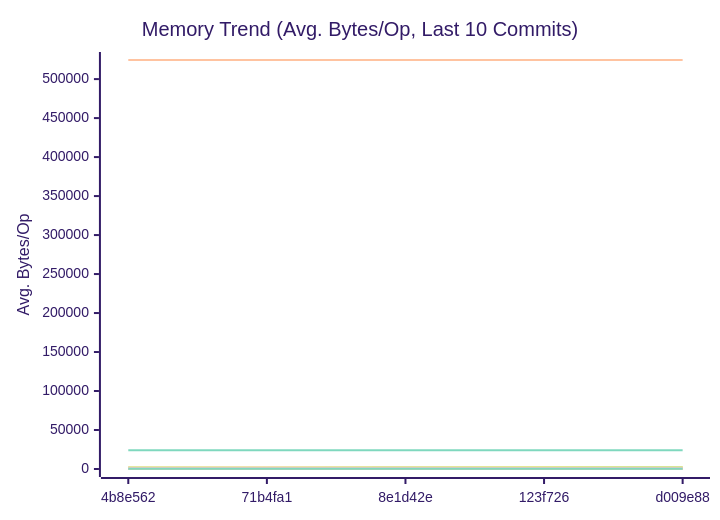
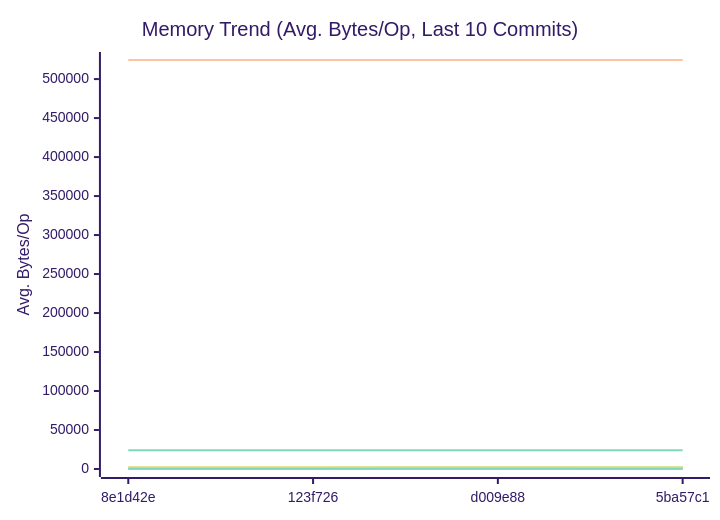
Before and after one commit to alsotoes/momo: the second of 3 diagrams in docs/PERFORMANCE.md, drawn with Mermaid (forest theme). The commit also changed other lines of this file and 1 other file, not shown here.

````diff
--- a/docs/PERFORMANCE.md
+++ b/docs/PERFORMANCE.md
@@ -310,44 +310,44 @@
 ```mermaid
 xychart-beta
     title "Memory Trend (Avg. Bytes/Op, Last 10 Commits)"
     x-axis "Commit"
     y-axis "Avg. Bytes/Op"
-    x-axis [4b8e562,71b4fa1,8e1d42e,123f726,d009e88]
-    line "AWSChunkedReaderSigned" [114,90,112,123,120,108,126,118,88,161]
-    line "AWSChunkedReaderUnsigned" [115,92,106,128,114,131,113,112,99,161]
+    x-axis [8e1d42e,123f726,d009e88,5ba57c1]
+    line "AWSChunkedReaderSigned" [112,123,120,108,126,118,88,161,167,124]
+    line "AWSChunkedReaderUnsigned" [106,128,114,131,113,112,99,161,164,139]
     line "CheckMetricsAndSwap" [0,0,0,0,0,0,0,0,0,0]
     line "CrushOptimized" [0,0,0,0,0,0,0,0,0,0]
     line "CrushOriginal" [164,164,164,164,164,164,164,164,164,164]
-    line "FormatListObjectsV2XML_AppendFormat" [524459,524497,524456,524462,524471,524446,524472,524454,524455,524439]
+    line "FormatListObjectsV2XML_AppendFormat" [524456,524462,524471,524446,524472,524454,524455,524439,524442,524446]
     line "FormatListObjectsV2XML_OldFormat" [24000,24000,24000,24000,24000,24000,24000,24000,24000,24000]
-    line "HashBytes/1MiB" [228,187,211,243,290,192,235,210,295,265]
-    line "HashBytes/256MiB" [197,179,222,256,223,299,222,227,257,282]
-    line "HashBytes/64MiB" [199,187,197,314,223,223,195,242,298,280]
-    line "HashFile/1MiB" [211,183,208,265,220,288,221,243,239,312]
-    line "HashFile/256MiB" [204,182,225,228,267,242,219,218,259,338]
-    line "HashFile/64MiB" [169,196,188,233,279,243,223,234,270,336]
+    line "HashBytes/1MiB" [211,243,290,192,235,210,295,265,304,292]
+    line "HashBytes/256MiB" [222,256,223,299,222,227,257,282,305,290]
+    line "HashBytes/64MiB" [197,314,223,223,195,242,298,280,320,276]
+    line "HashFile/1MiB" [208,265,220,288,221,243,239,312,273,313]
+    line "HashFile/256MiB" [225,228,267,242,219,218,259,338,304,264]
+    line "HashFile/64MiB" [188,233,279,243,223,234,270,336,269,324]
     line "IndexDirectTracking" [0,0,0,0,0,0,0,0,0,0]
     line "IndexSearch" [0,0,0,0,0,0,0,0,0,0]
     line "LastModifiedHeader_AppendFormat" [0,0,0,0,0,0,0,0,0,0]
     line "LastModifiedHeader_Format" [32,32,32,32,32,32,32,32,32,32]
     line "LoadGlobalConfig" [1976,1976,1976,1976,1976,1976,1976,1976,1976,1976]
-    line "LocalWrite/1MiB" [2035,1605,1690,1878,2000,2141,1920,2442,1282,1458]
-    line "LocalWrite/256MiB" [2016,1569,1965,2213,2198,2074,2231,2163,1698,2231]
-    line "LocalWrite/64MiB" [1940,1626,1869,1996,2347,2291,2205,2167,1927,2401]
+    line "LocalWrite/1MiB" [1690,1878,2000,2141,1920,2442,1282,1458,2352,2430]
+    line "LocalWrite/256MiB" [1965,2213,2198,2074,2231,2163,1698,2231,2851,2682]
+    line "LocalWrite/64MiB" [1869,1996,2347,2291,2205,2167,1927,2401,2788,2594]
     line "PadString" [64,64,64,64,64,64,64,64,64,64]
     line "ParseReplicationOrder_NoPrealloc" [408,408,408,408,408,248,248,248,248,248]
     line "ParseReplicationOrder_Prealloc" [240,240,240,240,240,80,80,80,80,80]
     line "Placement" [352,352,352,352,352,352,352,352,352,352]
     line "PlacementDomainSpread" [352,352,352,352,352,352,352,352,352,352]
-    line "ReadVerify/1MiB" [264,197,219,269,310,206,206,214,172,334]
-    line "ReadVerify/256MiB" [215,198,201,243,229,259,238,281,190,268]
-    line "ReadVerify/64MiB" [211,199,193,258,279,238,217,213,200,313]
-    line "S3PutSpool/1MiB" [188,171,198,188,188,261,207,221,160,277]
-    line "S3PutSpool/256MiB" [250,173,207,211,206,216,178,219,235,247]
-    line "S3PutSpool/64MiB" [246,185,193,227,211,189,243,247,177,273]
+    line "ReadVerify/1MiB" [219,269,310,206,206,214,172,334,276,292]
+    line "ReadVerify/256MiB" [201,243,229,259,238,281,190,268,334,304]
+    line "ReadVerify/64MiB" [193,258,279,238,217,213,200,313,289,245]
+    line "S3PutSpool/1MiB" [198,188,188,261,207,221,160,277,241,233]
+    line "S3PutSpool/256MiB" [207,211,206,216,178,219,235,247,254,258]
+    line "S3PutSpool/64MiB" [193,227,211,189,243,247,177,273,230,242]
     line "SanitizeLog/Safe" [0,0,0,0,0,0,0,0,0,0]
     line "SanitizeLog/Unsafe" [704,704,704,704,704,704,704,704,704,704]
-    line "TrustedRead/1MiB" [199,189,186,225,283,294,223,233,286,297]
-    line "TrustedRead/256MiB" [241,183,260,229,250,288,250,265,163,303]
-    line "TrustedRead/64MiB" [231,178,227,239,258,271,256,267,198,308]
+    line "TrustedRead/1MiB" [186,225,283,294,223,233,286,297,309,258]
+    line "TrustedRead/256MiB" [260,229,250,288,250,265,163,303,311,285]
+    line "TrustedRead/64MiB" [227,239,258,271,256,267,198,308,293,274]
 ```
````
